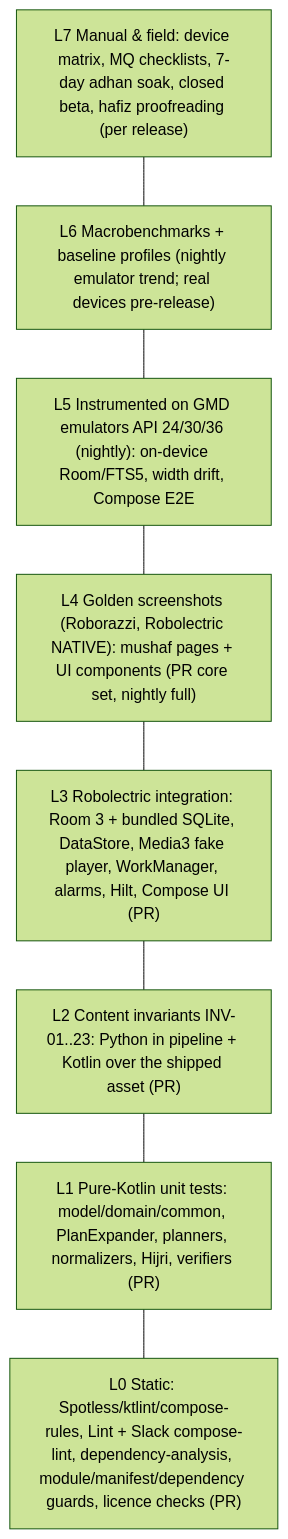
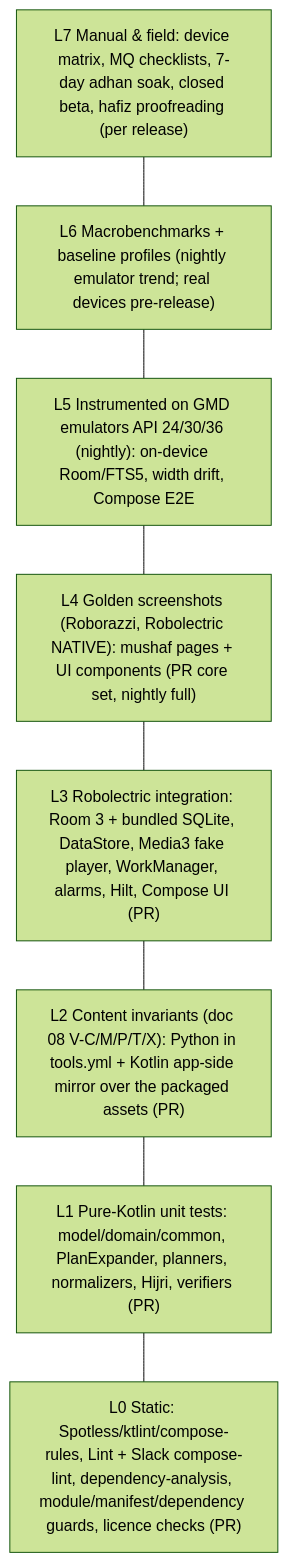
The first of 3 diagrams in docs/plan/10-quality-testing-ci.md (Chughtaie/criterion), drawn with Mermaid (forest theme) before and after one commit. The commit also changed other lines of this file and 2 other files, not shown here.

First line of the commit message:
Add architecture plan draft (checkpoint)

````diff
--- a/docs/plan/10-quality-testing-ci.md
+++ b/docs/plan/10-quality-testing-ci.md
@@ -74,12 +74,12 @@
 ```mermaid
 flowchart TB
   L7["L7 Manual & field: device matrix, MQ checklists, 7-day adhan soak, closed beta, hafiz proofreading (per release)"]
   L6["L6 Macrobenchmarks + baseline profiles (nightly emulator trend; real devices pre-release)"]
   L5["L5 Instrumented on GMD emulators API 24/30/36 (nightly): on-device Room/FTS5, width drift, Compose E2E"]
   L4["L4 Golden screenshots (Roborazzi, Robolectric NATIVE): mushaf pages + UI components (PR core set, nightly full)"]
   L3["L3 Robolectric integration: Room 3 + bundled SQLite, DataStore, Media3 fake player, WorkManager, alarms, Hilt, Compose UI (PR)"]
-  L2["L2 Content invariants INV-01..23: Python in pipeline + Kotlin over the shipped asset (PR)"]
+  L2["L2 Content invariants (doc 08 V-C/M/P/T/X): Python in tools.yml + Kotlin app-side mirror over the packaged assets (PR)"]
   L1["L1 Pure-Kotlin unit tests: model/domain/common, PlanExpander, planners, normalizers, Hijri, verifiers (PR)"]
   L0["L0 Static: Spotless/ktlint/compose-rules, Lint + Slack compose-lint, dependency-analysis, module/manifest/dependency guards, licence checks (PR)"]
   L7 --- L6 --- L5 --- L4 --- L3 --- L2 --- L1 --- L0
 ```
````
